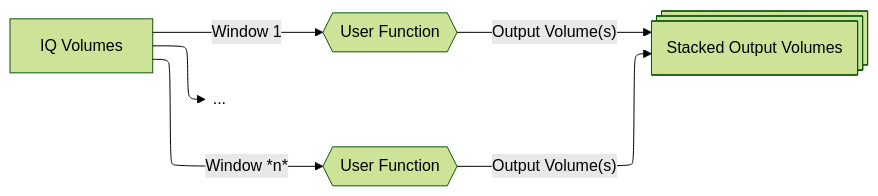
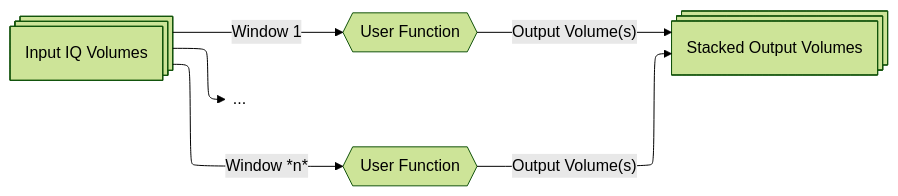
The first of 2 diagrams in docs/user-guide/beamformed-iq.md (sdiebolt/confusius), drawn with Mermaid (forest theme) before and after one commit. The commit also changed other lines of this file and 1 other file, not shown here.

````diff
--- a/docs/user-guide/beamformed-iq.md
+++ b/docs/user-guide/beamformed-iq.md
@@ -172,17 +172,18 @@
 ```mermaid
 ---
 config:
   layout: elk
 ---
 
 flowchart LR
-    IQ["IQ Volumes"] -->|Window 1| F1{{"User Function"}}
-    IQ["IQ Volumes"] --> ellipsis{{"..."}}
-    IQ["IQ Volumes"] -->|Window *n*| F2{{"User Function"}}
+    IQ -->|Window 1| F1{{"User Function"}}
+    IQ --> ellipsis{{"..."}}
+    IQ -->|Window *n*| F2{{"User Function"}}
 
     F1 -->|"Output Volume(s)"| output
     F2 -->|"Output Volume(s)"| output
 
+    IQ@{ shape: processes, label: "Input IQ Volumes" }
     output@{ shape: processes, label: "Stacked Output Volumes" }
     ellipsis@{ shape: text}
 ```
````
